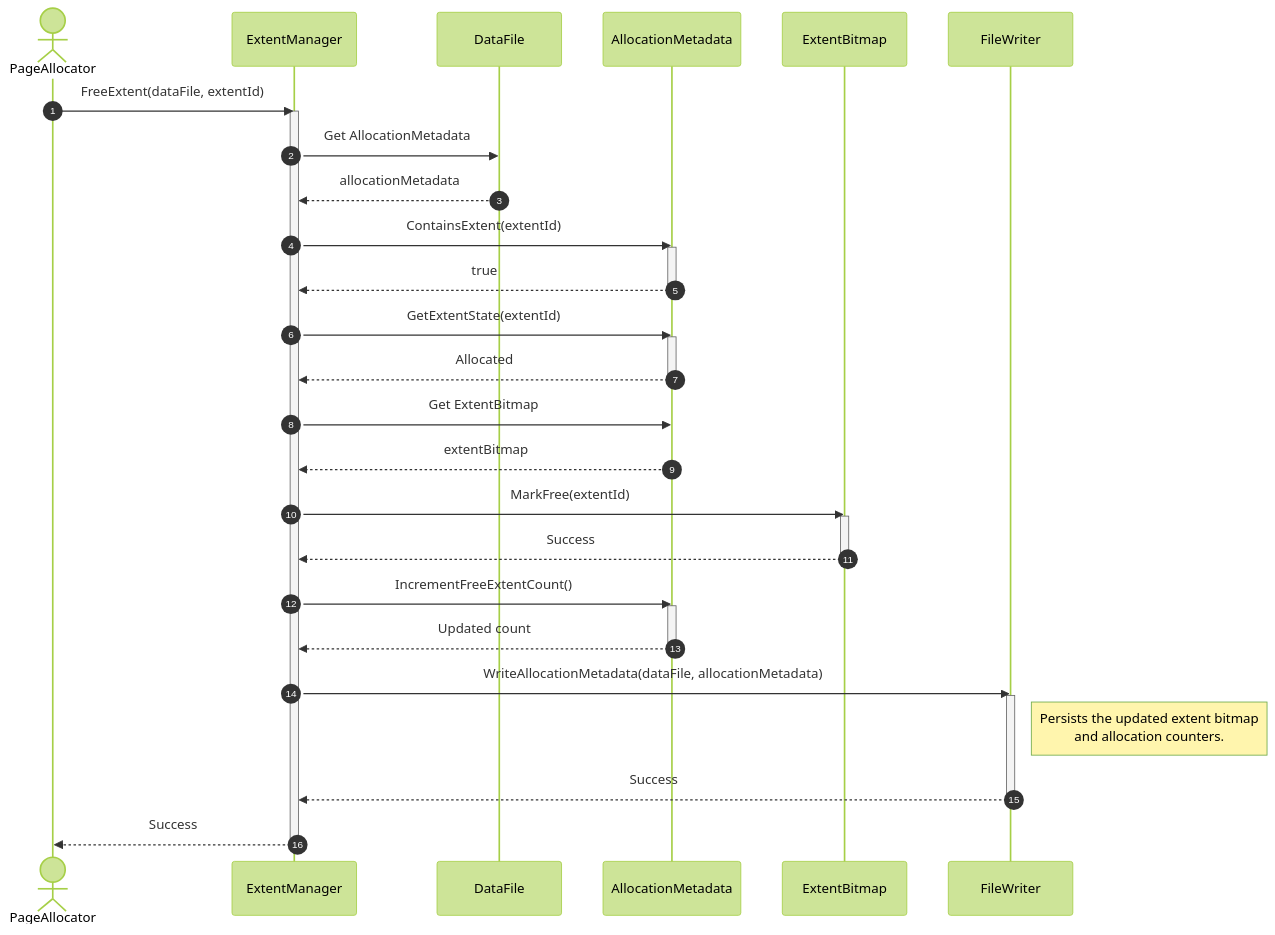
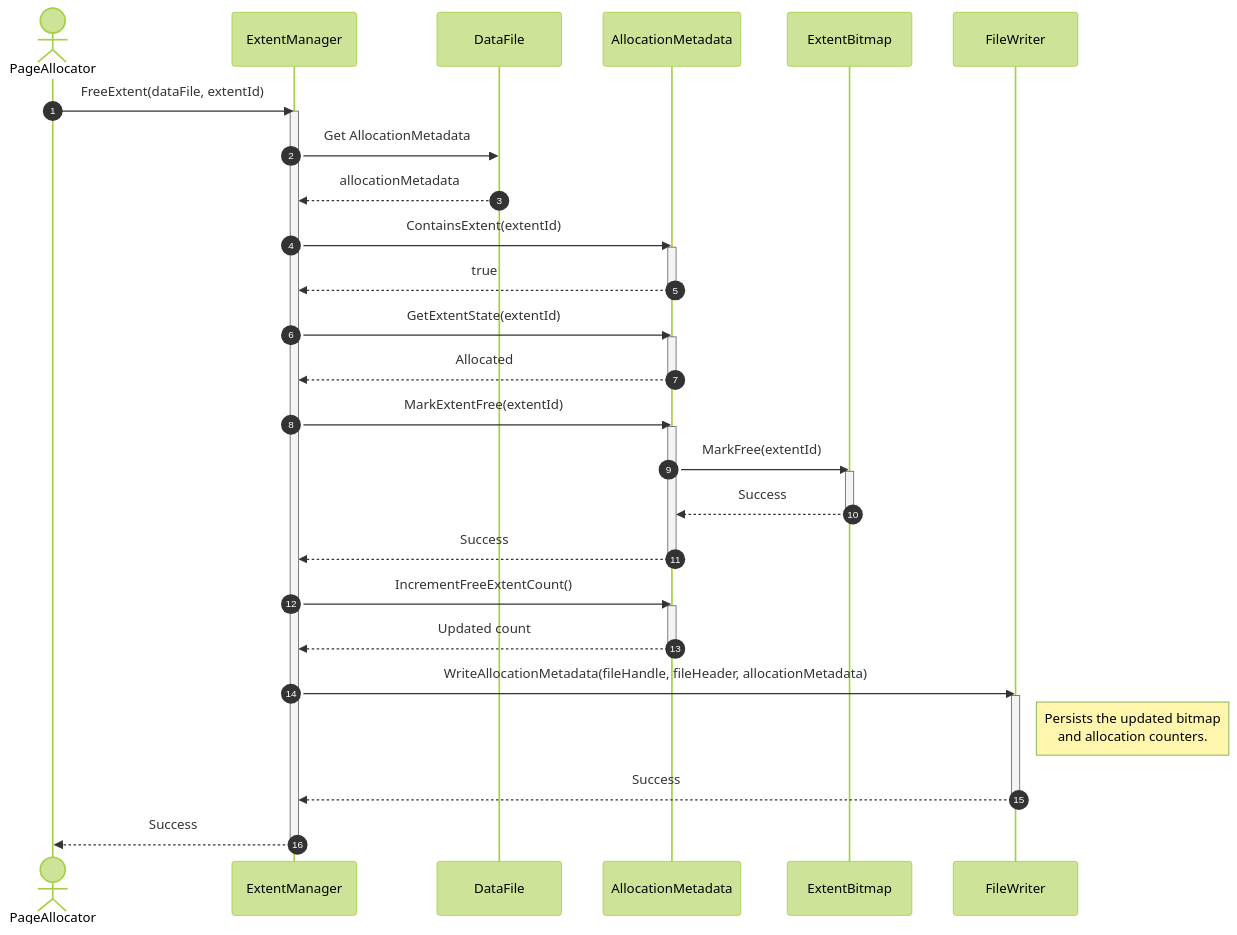
One commit to manaxpow/DBMS changed the first of 5 diagrams in docs/diagrams/sequence-diagrams/storage-engine/file-management/extent-management/free-extent.md. Above: the diagram before and after it, drawn with Mermaid (forest theme). The commit also changed other lines of this file and 98 other files, not shown here.

````diff
--- a/docs/diagrams/sequence-diagrams/storage-engine/file-management/extent-management/free-extent.md
+++ b/docs/diagrams/sequence-diagrams/storage-engine/file-management/extent-management/free-extent.md
@@ -20,49 +20,50 @@
 ```mermaid
 sequenceDiagram
     autonumber
 
     actor PA as PageAllocator
     participant EM as ExtentManager
     participant DF as DataFile
     participant AM as AllocationMetadata
     participant EB as ExtentBitmap
     participant FW as FileWriter
 
     PA->>EM: FreeExtent(dataFile, extentId)
     activate EM
 
     EM->>DF: Get AllocationMetadata
     DF-->>EM: allocationMetadata
 
     EM->>AM: ContainsExtent(extentId)
     activate AM
     AM-->>EM: true
     deactivate AM
 
     EM->>AM: GetExtentState(extentId)
     activate AM
     AM-->>EM: Allocated
     deactivate AM
 
-    EM->>AM: Get ExtentBitmap
-    AM-->>EM: extentBitmap
-
-    EM->>EB: MarkFree(extentId)
+    EM->>AM: MarkExtentFree(extentId)
+    activate AM
+    AM->>EB: MarkFree(extentId)
     activate EB
-    EB-->>EM: Success
+    EB-->>AM: Success
     deactivate EB
+    AM-->>EM: Success
+    deactivate AM
 
     EM->>AM: IncrementFreeExtentCount()
     activate AM
     AM-->>EM: Updated count
     deactivate AM
 
-    EM->>FW: WriteAllocationMetadata(dataFile, allocationMetadata)
+    EM->>FW: WriteAllocationMetadata(fileHandle, fileHeader, allocationMetadata)
     activate FW
-    note right of FW: Persists the updated extent bitmap<br/>and allocation counters.
+    note right of FW: Persists the updated bitmap<br/>and allocation counters.
     FW-->>EM: Success
     deactivate FW
 
     EM-->>PA: Success
     deactivate EM
 ```
````
